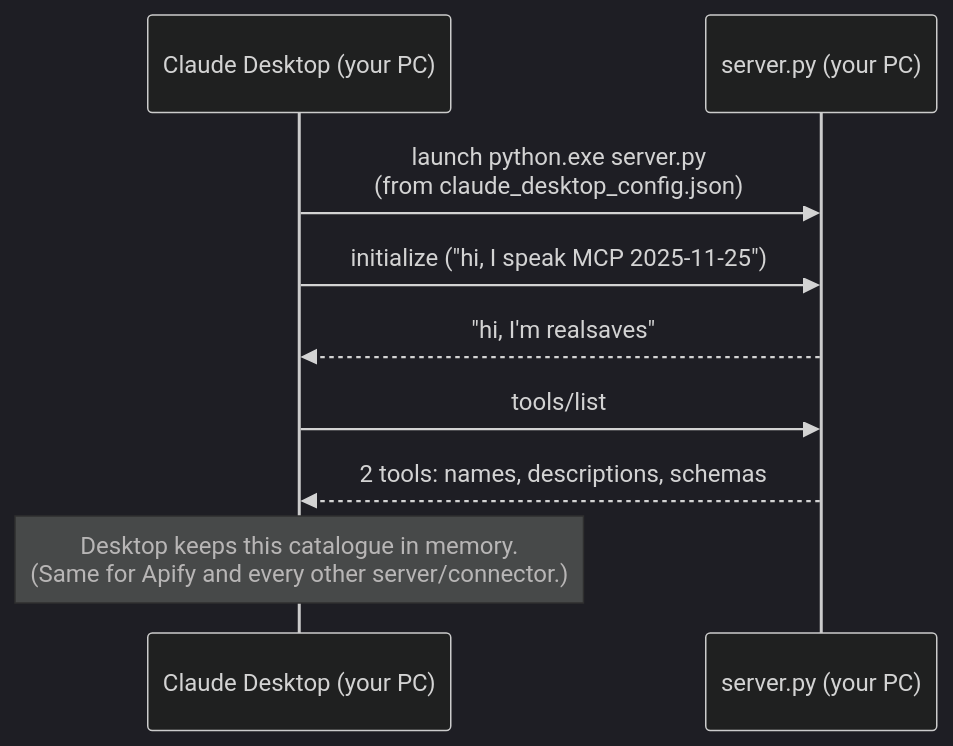
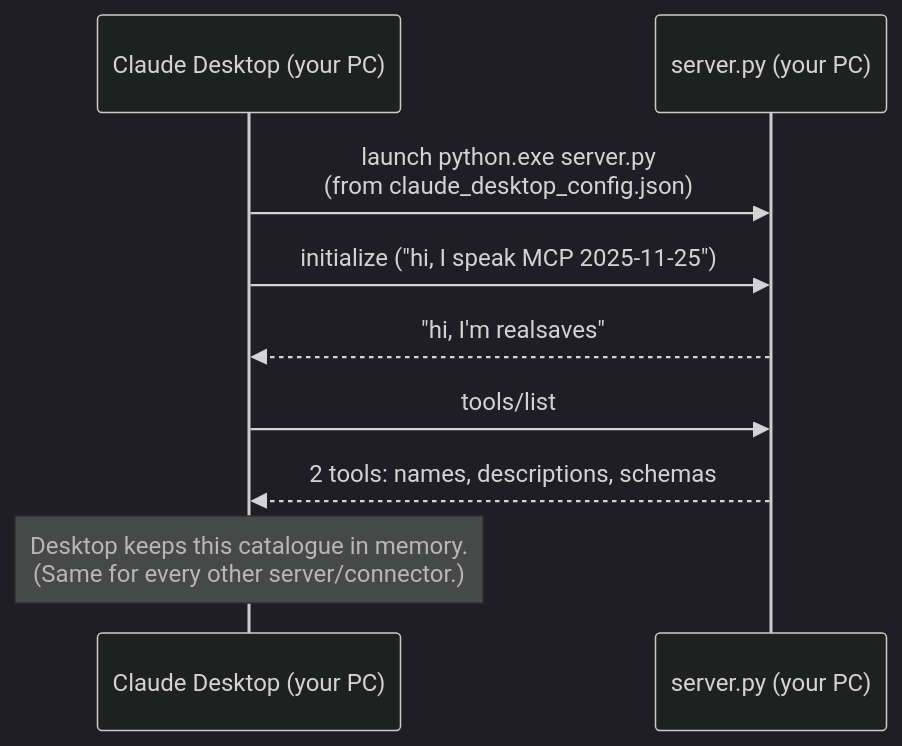
One commit to chahinfersi/RealSaves changed diagram 11 of 12 in PHASE3-EXPLAINED.md. Above: the diagram before and after it, drawn with Mermaid (dark theme). The commit also changed other lines of this file and 14 other files, not shown here.

````diff
--- a/PHASE3-EXPLAINED.md
+++ b/PHASE3-EXPLAINED.md
@@ -411,12 +411,12 @@
 ```mermaid
 sequenceDiagram
     participant CD as Claude Desktop (your PC)
     participant S as server.py (your PC)
 
     CD->>S: launch python.exe server.py<br/>(from claude_desktop_config.json)
     CD->>S: initialize ("hi, I speak MCP 2025-11-25")
     S-->>CD: "hi, I'm realsaves"
     CD->>S: tools/list
     S-->>CD: 2 tools: names, descriptions, schemas
-    Note over CD: Desktop keeps this catalogue in memory.<br/>(Same for Apify and every other server/connector.)
+    Note over CD: Desktop keeps this catalogue in memory.<br/>(Same for every other server/connector.)
 ```
````
